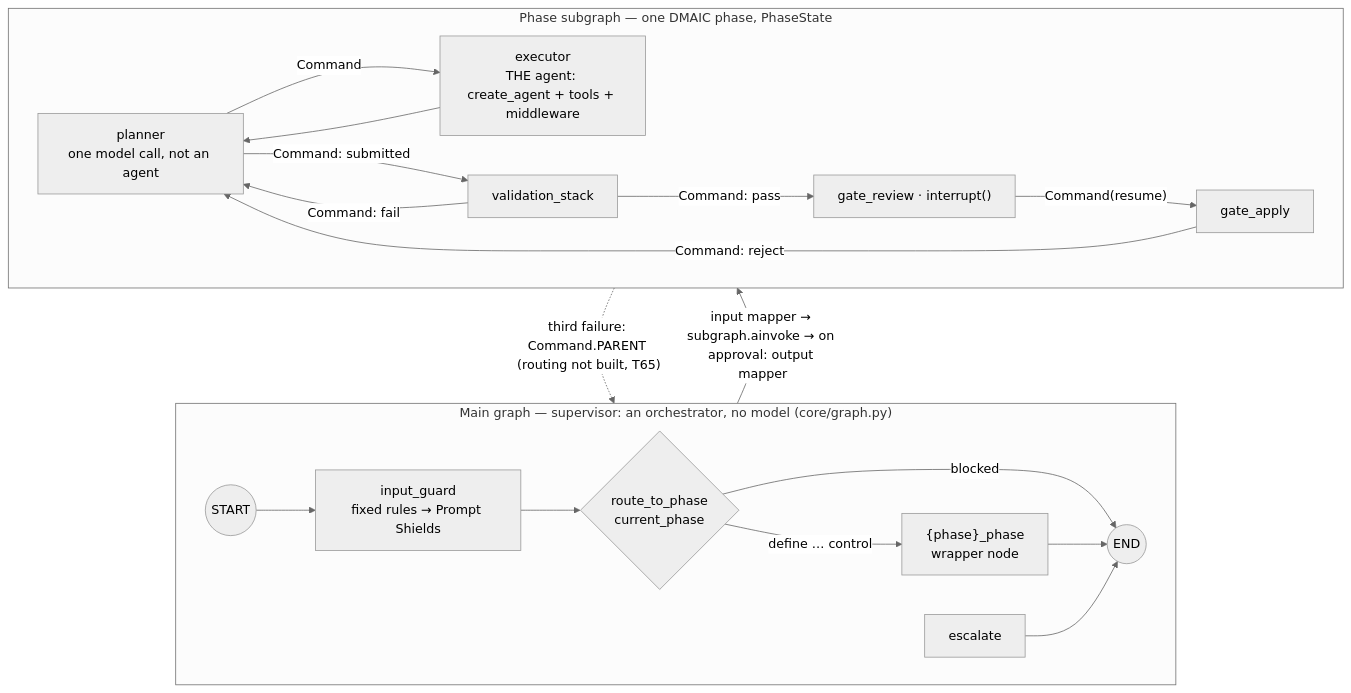
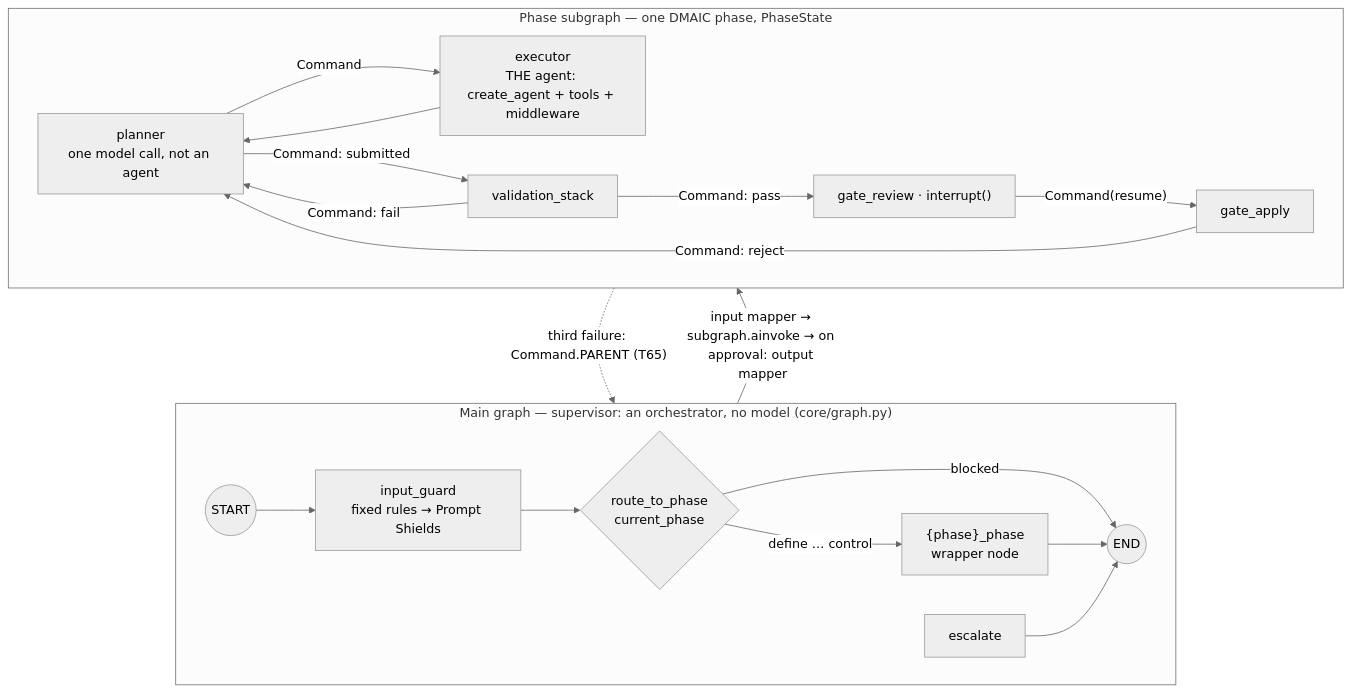
Before and after one commit to vpangalis/agentlean: the third of 9 diagrams in agent-improve/ARCHITECTURE.md, drawn with Mermaid (neutral theme). The commit also changed other lines of this file and 3 other files, not shown here.

First line of the commit message:
docs(architecture): ARCHITECTURE.md room — 41,629 to 38,604 characters; status and rationale moved to the gaps report

````diff
--- a/agent-improve/ARCHITECTURE.md
+++ b/agent-improve/ARCHITECTURE.md
@@ -98,24 +92,24 @@
 ```mermaid
 flowchart TB
   subgraph main["Main graph — supervisor: an orchestrator, no model (core/graph.py)"]
     direction LR
     S((START)) --> G["input_guard<br/>fixed rules → Prompt Shields"]
     G --> RT{"route_to_phase<br/>current_phase"}
     RT -- "blocked" --> EN((END))
     RT -- "define … control" --> W["{phase}_phase<br/>wrapper node"]
     W --> EN
     X[escalate] --> EN
   end
   subgraph phase["Phase subgraph — one DMAIC phase, PhaseState"]
     direction LR
     P["planner<br/>one model call, not an agent"] -- "Command" --> E["executor<br/>THE agent: create_agent + tools + middleware"]
     E --> P
     P -- "Command: submitted" --> V[validation_stack]
     V -- "Command: fail" --> P
     V -- "Command: pass" --> R["gate_review · interrupt()"]
     R -- "Command(resume)" --> A[gate_apply]
     A -- "Command: reject" --> P
   end
   W -- "input mapper → subgraph.ainvoke → on approval: output mapper" --> phase
-  V -. "third failure: Command.PARENT (routing not built, T65)" .-> X
+  V -. "third failure: Command.PARENT (T65)" .-> X
 ```
````
